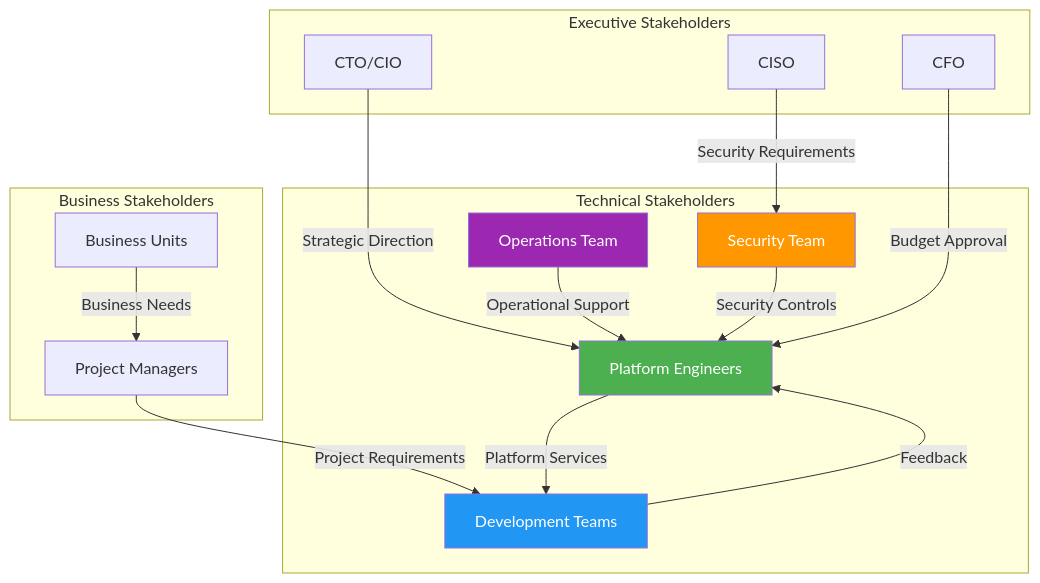
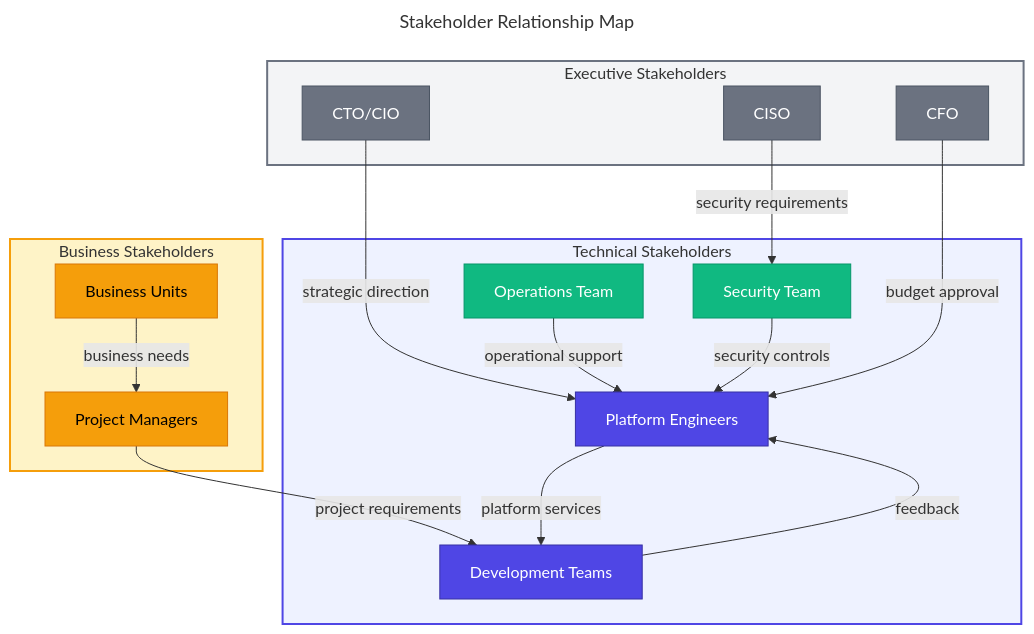
One commit to Evilazaro/DevExp-DevBox changed the second of 6 diagrams in docs/architecture/01-business-architecture.md. Above: the diagram before and after it, drawn with Mermaid. The commit also changed other lines of this file, not shown here.

Commit message:
Enhance Business Architecture documentation with detailed mermaid diagrams for Target Audience, Stakeholder Map, Business Capability Model, Developer Onboarding Value Stream, and Environment Provisioning Lifecycle to improve clarity and navigation.

````diff
--- a/docs/architecture/01-business-architecture.md
+++ b/docs/architecture/01-business-architecture.md
@@ -126,38 +129,57 @@
 ```mermaid
+---
+title: Stakeholder Relationship Map
+---
 graph TB
-    subgraph "Executive Stakeholders"
-        CTO[CTO/CIO]
-        CISO[CISO]
-        CFO[CFO]
+    %% ===== EXECUTIVE STAKEHOLDERS =====
+    subgraph executives["Executive Stakeholders"]
+        CTO["CTO/CIO"]
+        CISO["CISO"]
+        CFO["CFO"]
     end
     
-    subgraph "Technical Stakeholders"
-        PE[Platform Engineers]
-        DE[Development Teams]
-        SEC[Security Team]
-        OPS[Operations Team]
+    %% ===== TECHNICAL STAKEHOLDERS =====
+    subgraph technical["Technical Stakeholders"]
+        PE["Platform Engineers"]
+        DE["Development Teams"]
+        SEC["Security Team"]
+        OPS["Operations Team"]
     end
     
-    subgraph "Business Stakeholders"
-        PM[Project Managers]
-        BU[Business Units]
+    %% ===== BUSINESS STAKEHOLDERS =====
+    subgraph business["Business Stakeholders"]
+        PM["Project Managers"]
+        BU["Business Units"]
     end
     
-    CTO -->|Strategic Direction| PE
-    CISO -->|Security Requirements| SEC
-    CFO -->|Budget Approval| PE
+    %% ===== RELATIONSHIPS =====
+    CTO -->|strategic direction| PE
+    CISO -->|security requirements| SEC
+    CFO -->|budget approval| PE
     
-    PE -->|Platform Services| DE
-    SEC -->|Security Controls| PE
-    OPS -->|Operational Support| PE
+    PE -->|platform services| DE
+    SEC -->|security controls| PE
+    OPS -->|operational support| PE
     
-    PM -->|Project Requirements| DE
-    BU -->|Business Needs| PM
+    PM -->|project requirements| DE
+    BU -->|business needs| PM
     
-    DE -->|Feedback| PE
+    DE -->|feedback| PE
     
-    style PE fill:#4CAF50,color:#fff
-    style DE fill:#2196F3,color:#fff
-    style SEC fill:#FF9800,color:#fff
-    style OPS fill:#9C27B0,color:#fff
+    %% ===== CLASS DEFINITIONS =====
+    classDef primary fill:#4F46E5,stroke:#3730A3,color:#FFFFFF
+    classDef secondary fill:#10B981,stroke:#059669,color:#FFFFFF
+    classDef datastore fill:#F59E0B,stroke:#D97706,color:#000000
+    classDef external fill:#6B7280,stroke:#4B5563,color:#FFFFFF
+    
+    %% ===== CLASS ASSIGNMENTS =====
+    class PE,DE primary
+    class SEC,OPS secondary
+    class CTO,CISO,CFO external
+    class PM,BU datastore
+    
+    %% ===== SUBGRAPH STYLES =====
+    style executives fill:#F3F4F6,stroke:#6B7280,stroke-width:2px
+    style technical fill:#EEF2FF,stroke:#4F46E5,stroke-width:2px
+    style business fill:#FEF3C7,stroke:#F59E0B,stroke-width:2px
 ```
````
